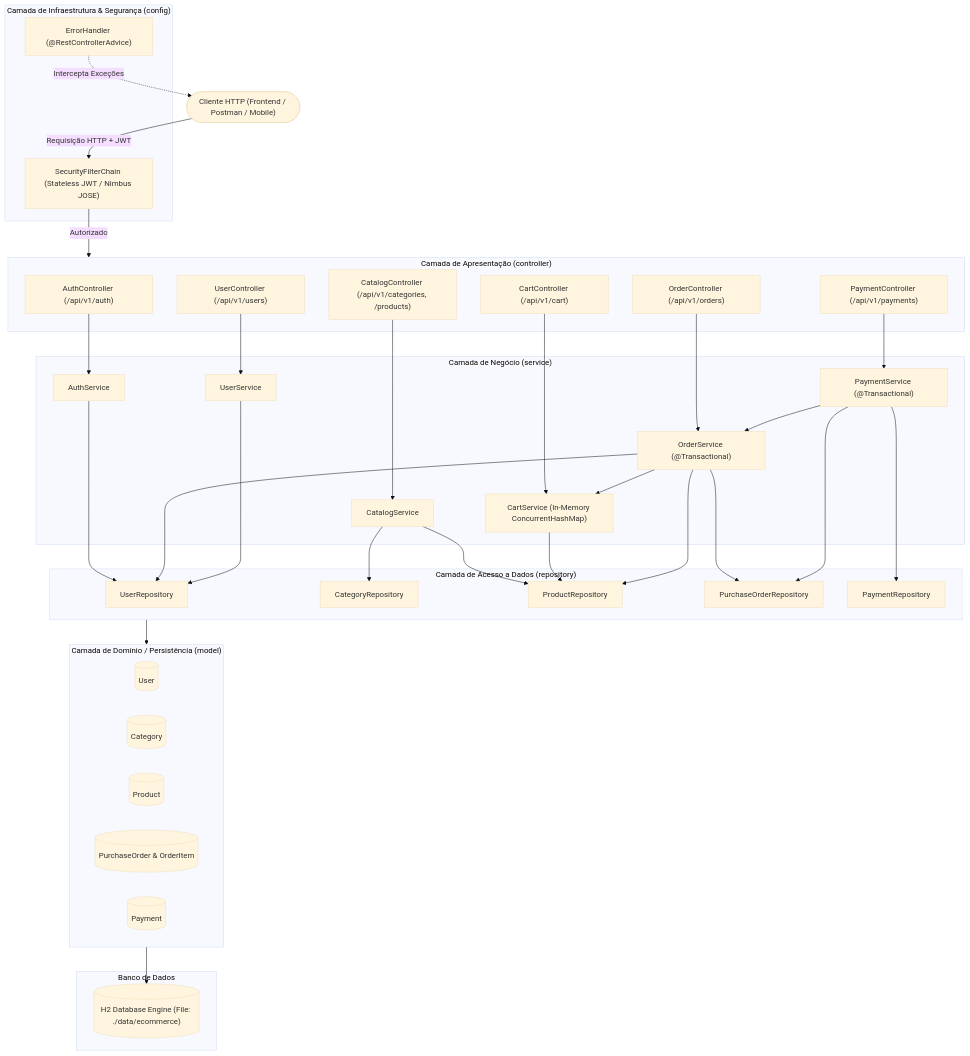
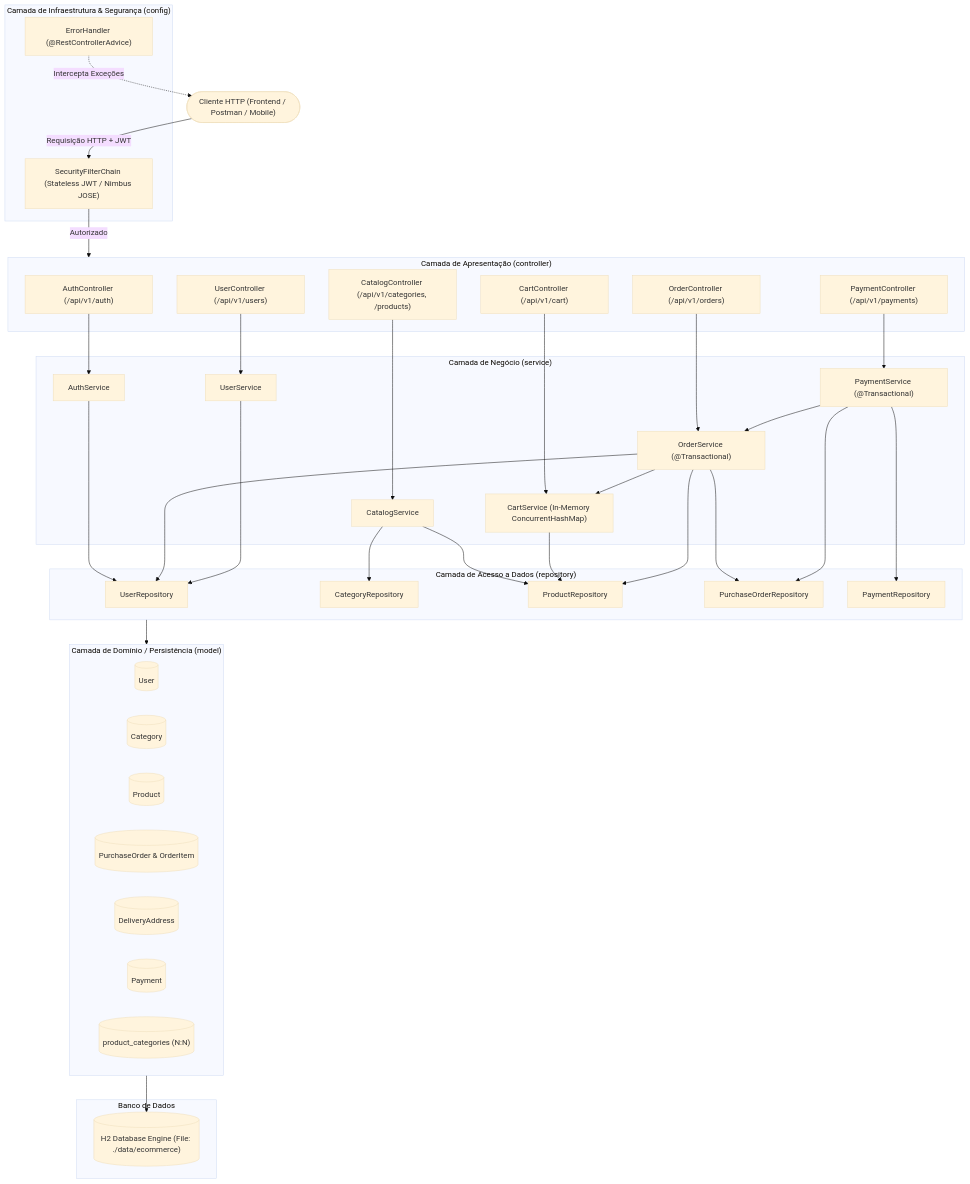
The first of 4 diagrams in docs/arquitetura-do-sistema.md (marcosfshirafuchi/Alura-Spec-Driven-Development-Java-Sem-Docker), drawn with Mermaid (base theme) before and after one commit. The commit also changed other lines of this file and 10 other files, not shown here.

````diff
--- a/docs/arquitetura-do-sistema.md
+++ b/docs/arquitetura-do-sistema.md
@@ -11,75 +11,77 @@
 ```mermaid
 flowchart TD
     Client(["Cliente HTTP (Frontend / Postman / Mobile)"])
 
     subgraph SecurityLayer ["Camada de Infraestrutura & Segurança (config)"]
         SecFilter["SecurityFilterChain (Stateless JWT / Nimbus JOSE)"]
         ErrHandler["ErrorHandler (@RestControllerAdvice)"]
     end
 
     subgraph PresentationLayer ["Camada de Apresentação (controller)"]
         AuthController["AuthController (/api/v1/auth)"]
         CatalogController["CatalogController (/api/v1/categories, /products)"]
         CartController["CartController (/api/v1/cart)"]
         OrderController["OrderController (/api/v1/orders)"]
         PaymentController["PaymentController (/api/v1/payments)"]
         UserController["UserController (/api/v1/users)"]
     end
 
     subgraph ServiceLayer ["Camada de Negócio (service)"]
         AuthService["AuthService"]
         CatalogService["CatalogService"]
         CartService["CartService (In-Memory ConcurrentHashMap)"]
         OrderService["OrderService (@Transactional)"]
         PaymentService["PaymentService (@Transactional)"]
         UserService["UserService"]
     end
 
     subgraph DataLayer ["Camada de Acesso a Dados (repository)"]
         UserRepo["UserRepository"]
         CatRepo["CategoryRepository"]
         ProdRepo["ProductRepository"]
         OrderRepo["PurchaseOrderRepository"]
         PayRepo["PaymentRepository"]
     end
 
     subgraph DomainLayer ["Camada de Domínio / Persistência (model)"]
         UserEntity[("User")]
         CatEntity[("Category")]
         ProdEntity[("Product")]
         OrderEntity[("PurchaseOrder & OrderItem")]
+        DeliveryAddressEntity[("DeliveryAddress")]
         PayEntity[("Payment")]
+        ProductCategoryRel[("product_categories (N:N)")]
     end
 
     subgraph DatabaseEngine ["Banco de Dados"]
         H2DB[("H2 Database Engine (File: ./data/ecommerce)")]
     end
 
     Client -->|Requisição HTTP + JWT| SecFilter
     SecFilter -->|Autorizado| PresentationLayer
     ErrHandler -.->|Intercepta Exceções| Client
 
     AuthController --> AuthService
     CatalogController --> CatalogService
     CartController --> CartService
     OrderController --> OrderService
     PaymentController --> PaymentService
     UserController --> UserService
 
     OrderService --> CartService
     PaymentService --> OrderService
 
     AuthService --> UserRepo
     CatalogService --> CatRepo
     CatalogService --> ProdRepo
     CartService --> ProdRepo
     OrderService --> OrderRepo
     OrderService --> ProdRepo
     OrderService --> UserRepo
     PaymentService --> PayRepo
     PaymentService --> OrderRepo
     UserService --> UserRepo
 
     DataLayer --> DomainLayer
     DomainLayer --> H2DB
 ```
````
